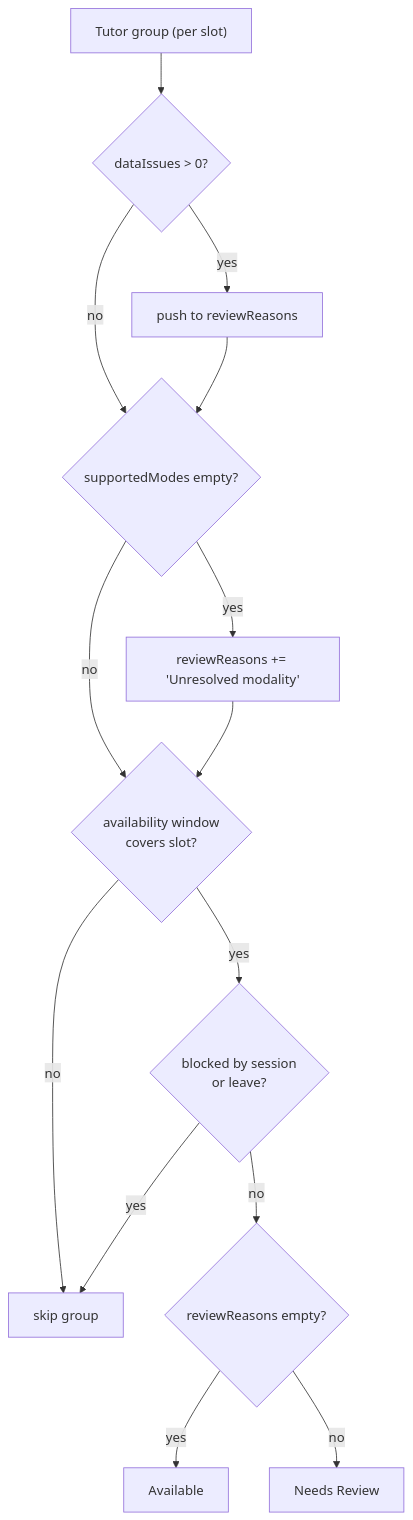
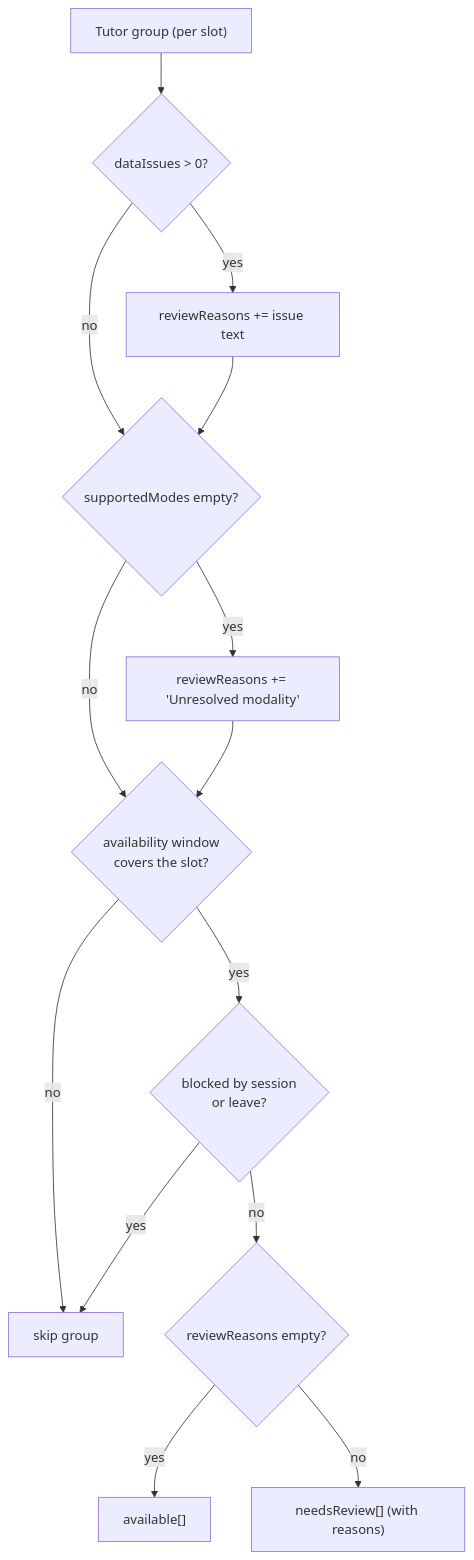
One commit to kasheesh711/bgscheduler changed the first of 2 diagrams in docs/handbook/conventions.md. Above: the diagram before and after it, drawn with Mermaid. The commit also changed other lines of this file and 71 other files, not shown here.

````diff
--- a/docs/handbook/conventions.md
+++ b/docs/handbook/conventions.md
@@ -75,16 +141,16 @@
 ```mermaid
 flowchart TD
   G["Tutor group (per slot)"] --> DI{"dataIssues > 0?"}
-  DI -- yes --> RR["push to reviewReasons"]
+  DI -- yes --> RR["reviewReasons += issue text"]
   DI -- no --> MOD
   RR --> MOD{"supportedModes empty?"}
   MOD -- yes --> RR2["reviewReasons += 'Unresolved modality'"]
-  MOD -- no --> WIN{"availability window<br/>covers slot?"}
+  MOD -- no --> WIN{"availability window<br/>covers the slot?"}
   RR2 --> WIN
   WIN -- no --> SKIP["skip group"]
   WIN -- yes --> BLK{"blocked by session<br/>or leave?"}
   BLK -- yes --> SKIP
   BLK -- no --> OUT{"reviewReasons empty?"}
-  OUT -- yes --> AVAIL["Available"]
-  OUT -- no --> REVIEW["Needs Review"]
+  OUT -- yes --> AVAIL["available[]"]
+  OUT -- no --> REVIEW["needsReview[] (with reasons)"]
 ```
````
